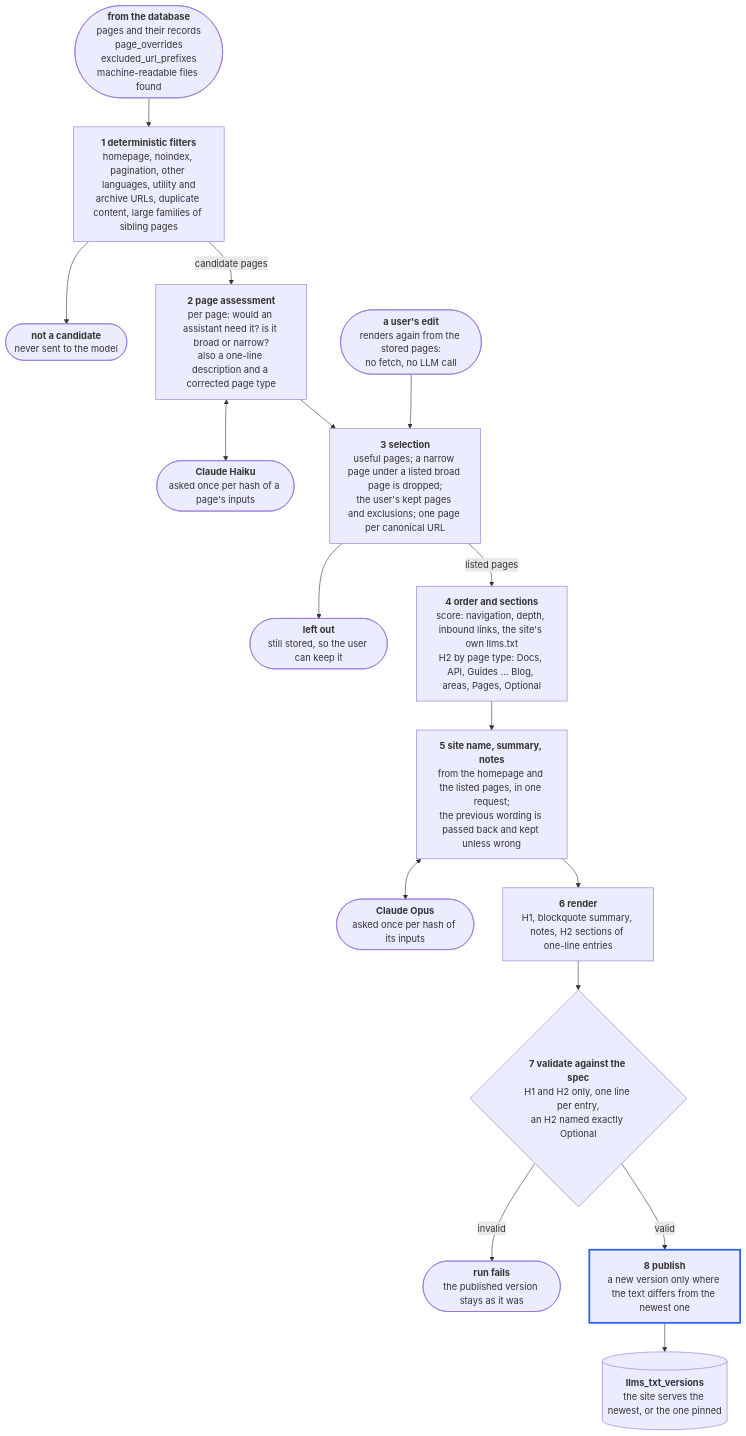
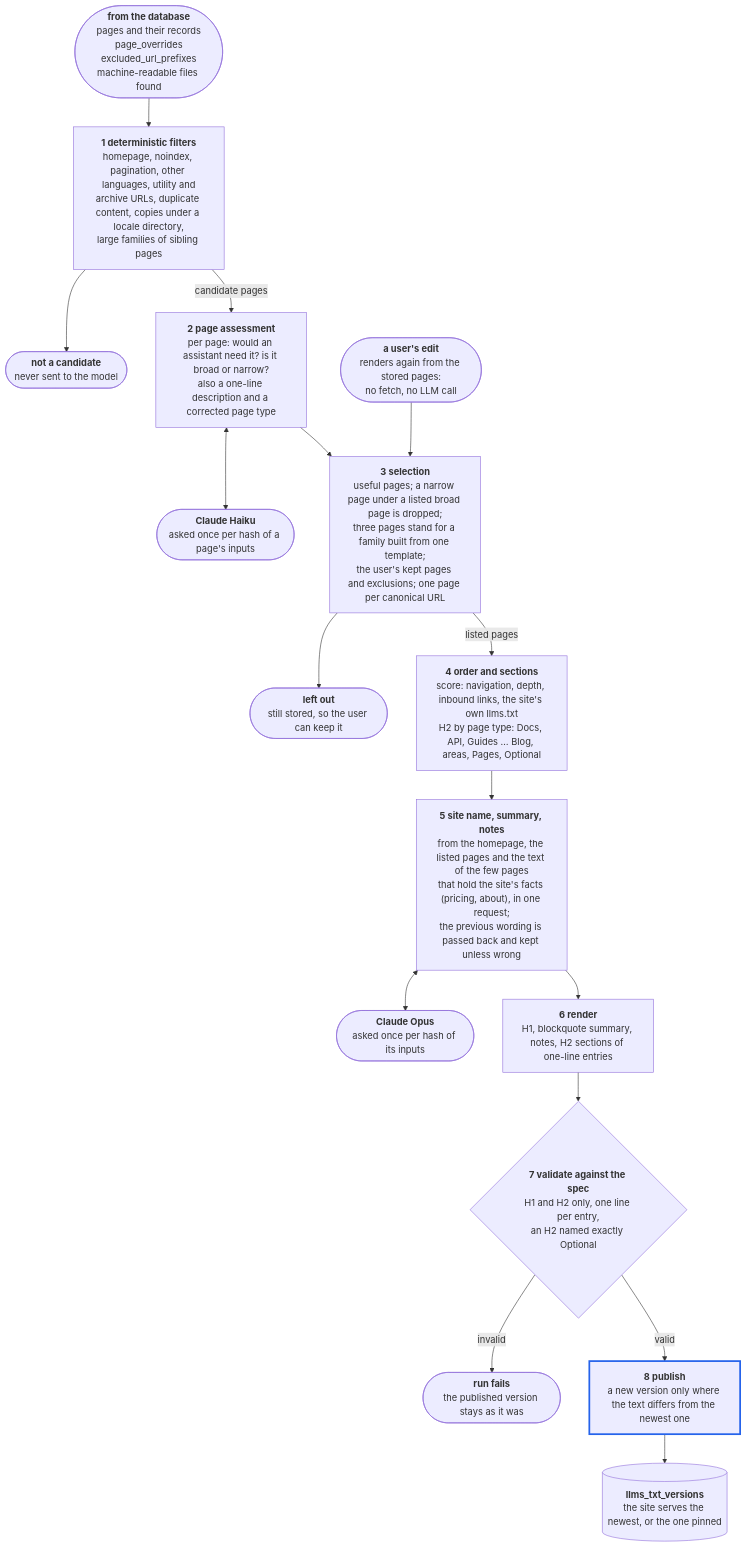
One commit to nevertooserious/llms-txt-ben-lucato changed the fifth of 8 diagrams in docs/design/README.md. Above: the diagram before and after it, drawn with Mermaid. The commit also changed other lines of this file and 82 other files, not shown here.

````diff
--- a/docs/design/README.md
+++ b/docs/design/README.md
@@ -131,37 +131,37 @@
 ```mermaid
 flowchart TD
   inputs(["<b>from the database</b><br/>pages and their records<br/>page_overrides<br/>excluded_url_prefixes<br/>machine-readable files found"])
-  filters["<b>1 deterministic filters</b><br/>homepage, noindex, pagination, other languages, utility and<br/>archive URLs, duplicate content, large families of sibling pages"]
+  filters["<b>1 deterministic filters</b><br/>homepage, noindex, pagination, other languages, utility and<br/>archive URLs, duplicate content, copies under a locale directory,<br/>large families of sibling pages"]
   notCandidate(["<b>not a candidate</b><br/>never sent to the model"])
   assessment["<b>2 page assessment</b><br/>per page: would an assistant need it? is it broad or narrow?<br/>also a one-line description and a corrected page type"]
   haiku(["<b>Claude Haiku</b><br/>asked once per hash of a page's inputs"])
-  selection["<b>3 selection</b><br/>useful pages; a narrow page under a listed broad page is dropped;<br/>the user's kept pages and exclusions; one page per canonical URL"]
+  selection["<b>3 selection</b><br/>useful pages; a narrow page under a listed broad page is dropped;<br/>three pages stand for a family built from one template;<br/>the user's kept pages and exclusions; one page per canonical URL"]
   userEdit(["<b>a user's edit</b><br/>renders again from the stored pages:<br/>no fetch, no LLM call"])
   leftOut(["<b>left out</b><br/>still stored, so the user can keep it"])
   sections["<b>4 order and sections</b><br/>score: navigation, depth, inbound links, the site's own llms.txt<br/>H2 by page type: Docs, API, Guides … Blog, areas, Pages, Optional"]
-  summary["<b>5 site name, summary, notes</b><br/>from the homepage and the listed pages, in one request;<br/>the previous wording is passed back and kept unless wrong"]
+  summary["<b>5 site name, summary, notes</b><br/>from the homepage, the listed pages and the text of the few pages<br/>that hold the site's facts (pricing, about), in one request;<br/>the previous wording is passed back and kept unless wrong"]
   opus(["<b>Claude Opus</b><br/>asked once per hash of its inputs"])
   render["<b>6 render</b><br/>H1, blockquote summary, notes, H2 sections of one-line entries"]
   validate{"<b>7 validate against the spec</b><br/>H1 and H2 only, one line per entry,<br/>an H2 named exactly Optional"}
   fails(["<b>run fails</b><br/>the published version stays as it was"])
   publish["<b>8 publish</b><br/>a new version only where the text differs from the newest one"]
   versions[("<b>llms_txt_versions</b><br/>the site serves the newest, or the one pinned")]
 
   inputs --> filters
   filters --> notCandidate
   filters -- "candidate pages" --> assessment
   assessment <--> haiku
   assessment --> selection
   userEdit --> selection
   selection --> leftOut
   selection -- "listed pages" --> sections
   sections --> summary
   summary <--> opus
   summary --> render
   render --> validate
   validate -- "invalid" --> fails
   validate -- "valid" --> publish
   publish --> versions
 
   style publish stroke:#2563eb,stroke-width:3px
 ```
````
